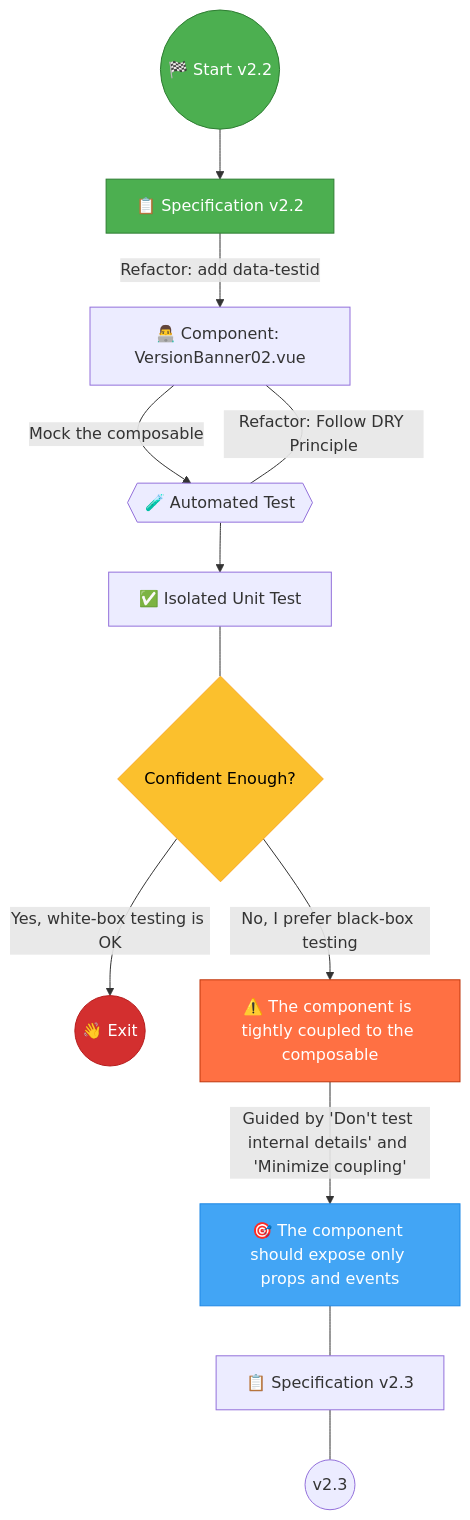
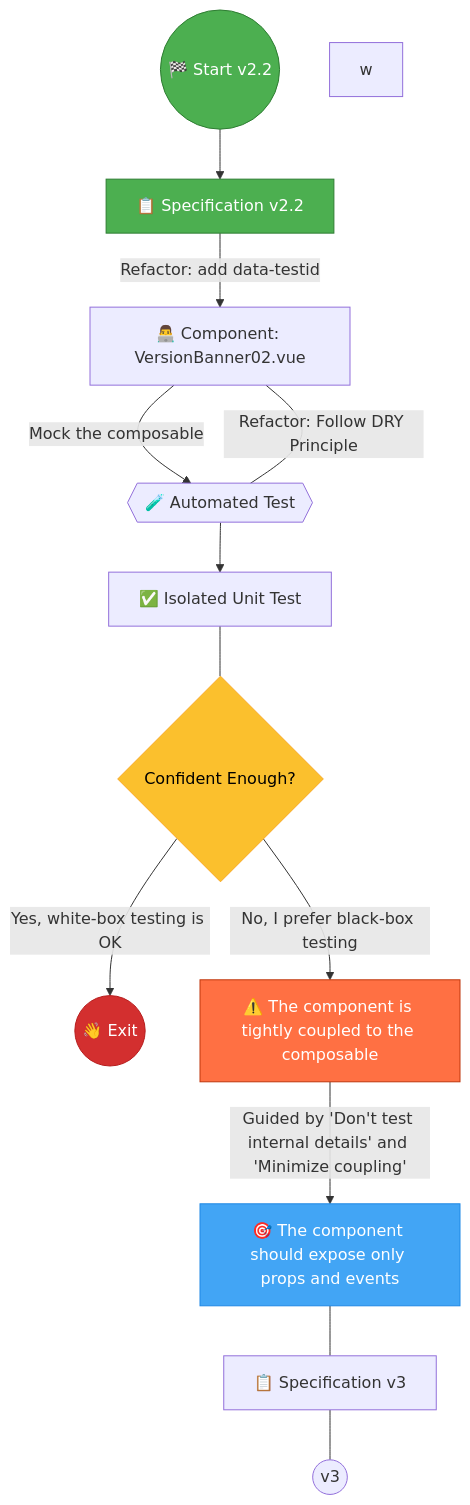
The diagram in docs/Testing a Simple Nuxt Feature - 5 - Mocking the composable (v2-2 & v2-3).md (jeromeabel/nuxt-clean-architecture), drawn with Mermaid before and after one commit. The commit also changed other lines of this file and 1 other file, not shown here.

````diff
--- a/docs/Testing a Simple Nuxt Feature - 5 - Mocking the composable (v2-2 & v2-3).md
+++ b/docs/Testing a Simple Nuxt Feature - 5 - Mocking the composable (v2-2 & v2-3).md
@@ -191,46 +205,46 @@
 ```mermaid
 graph TB
 
     %% Start
     A((🏁 Start v2.2)):::start
 
     %% Specification v2 Checklist
     B[📋 Specification v2.2]:::start
 
     %% Development Process
     C["👨‍💻 Component: VersionBanner02.vue"]
 
         %% Test
     D{{🧪 Automated Test}}
 
     E[✅ Isolated Unit Test]
     F{Confident Enough?}:::decision
     G((👋 Exit)):::exit
 
     %% Issues
     H[⚠️ The component is tightly coupled to the composable]:::issue
     I[🎯 The component should expose only props and events]:::action
 
-    J[📋 Specification v2.3]
-    K((v2.3))
-
+    J[📋 Specification v3]
+    K((v3))
+w
     %% Connections
     A --> B
     B --> | Refactor: add data-testid | C
     C --> | Mock the composable | D
     C --- | Refactor: Follow DRY Principle| D
     D --> E
     E --- F
     F --> |Yes, white-box testing is OK| G
     F --> |No, I prefer black-box testing| H
     H --> |Guided by 'Don't test internal details' and 'Minimize coupling'| I
     I --- J --- K
 
     %% Define Styles %%
     classDef start fill:#4CAF50,stroke:#2E7D32,color:#FFFFFF;
     classDef exit fill:#D32F2F,stroke:#B71C1C,color:#FFFFFF;
     classDef decision fill:#FBC02D,stroke:#F9A825,color:#000000;
     classDef issue fill:#FF7043,stroke:#BF360C,color:#FFFFFF;
     classDef action fill:#42A5F5,stroke:#1E88E5,color:#FFFFFF;
     classDef checklist fill:#E1F5FE,stroke:#0277BD,color:#000000
 ```
````
